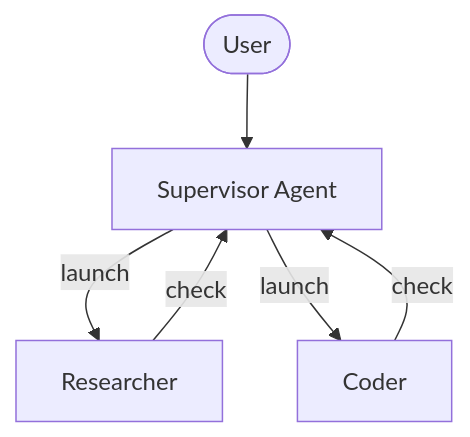
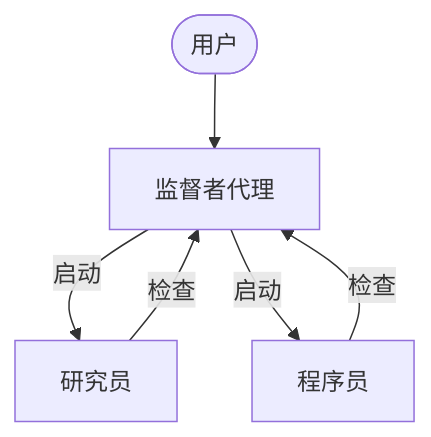
Before and after one commit to kunfan96/cndocs-langchain: the first of 2 diagrams in oss/python/deepagents/async-subagents.mdx, drawn with Mermaid. The commit also changed other lines of this file and 65 other files, not shown here.

````diff
--- a/oss/python/deepagents/async-subagents.mdx
+++ b/oss/python/deepagents/async-subagents.mdx
@@ -17,10 +17,10 @@
 ```mermaid
 graph TB
-    User([User]) --> Supervisor[Supervisor Agent]
+    User([用户]) --> Supervisor[监督者代理]
 
-    Supervisor --> |launch| Researcher[Researcher]
-    Supervisor --> |launch| Coder[Coder]
+    Supervisor --> |启动| Researcher[研究员]
+    Supervisor --> |启动| Coder[程序员]
 
-    Researcher --> |check| Supervisor
-    Coder --> |check| Supervisor
+    Researcher --> |检查| Supervisor
+    Coder --> |检查| Supervisor
 ```
````
